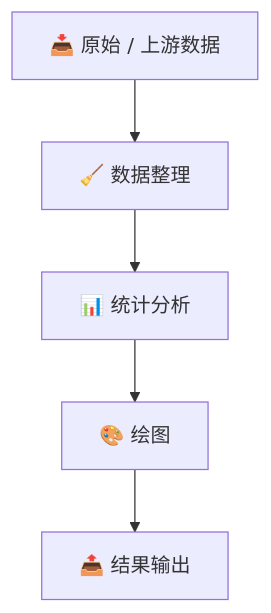
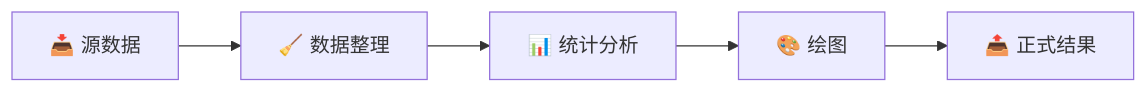
Before and after one commit to apexpeng/write-human-r-code: the second of 2 diagrams in README.zh-CN.md, drawn with Mermaid. The commit also changed other lines of this file, not shown here.

````diff
--- a/README.zh-CN.md
+++ b/README.zh-CN.md
@@ -82,7 +80,7 @@
 ```mermaid
-flowchart TD
-    A["📥 原始 / 上游数据"] --> B["🧹 数据整理"]
+flowchart LR
+    A["📥 源数据"] --> B["🧹 数据整理"]
     B --> C["📊 统计分析"]
     C --> D["🎨 绘图"]
-    D --> E["📤 结果输出"]
+    D --> E["📤 正式结果"]
 ```
````
